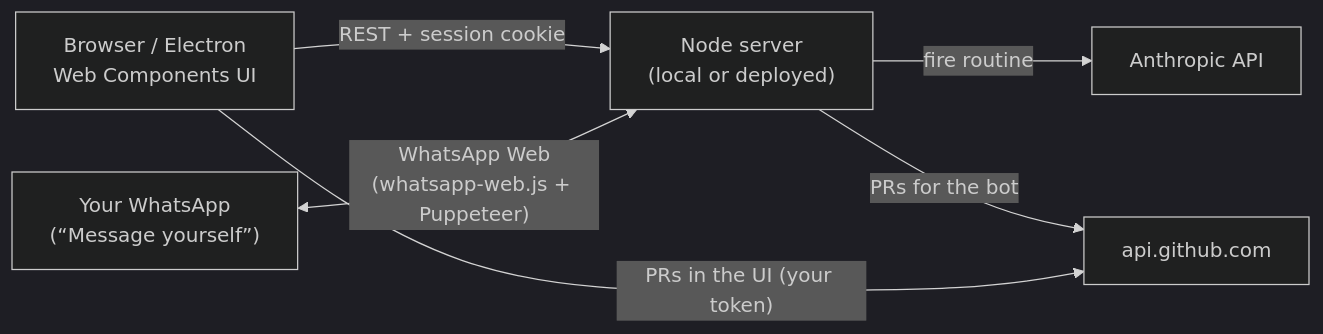
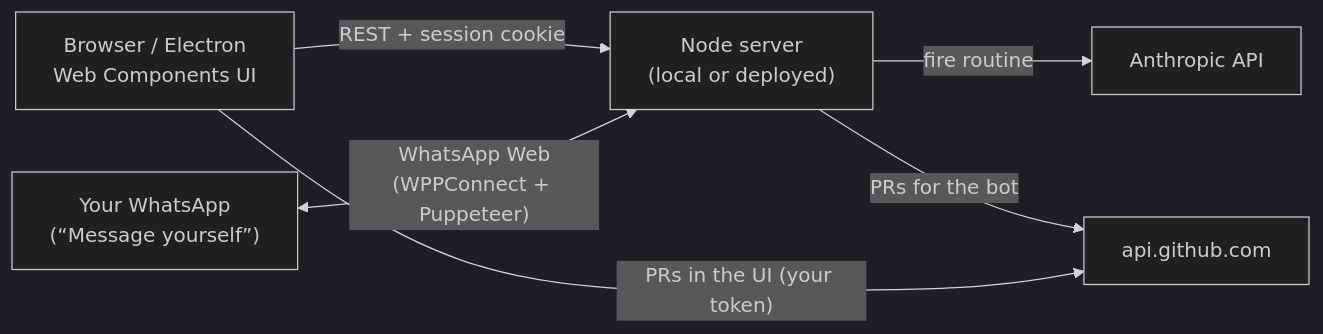
Before and after one commit to rodrireddev/claude-code-routines: the diagram in README.md, drawn with Mermaid (dark theme). The commit also changed other lines of this file and 4 other files, not shown here.

First line of the commit message:
Switch WhatsApp adapter to WPPConnect (Puppeteer), following companion-ai's setup

````diff
--- a/README.md
+++ b/README.md
@@ -88,8 +88,8 @@
 ```mermaid
 flowchart LR
     UI["Browser / Electron<br/>Web Components UI"] -- "REST + session cookie" --> S["Node server<br/>(local or deployed)"]
-    WA["Your WhatsApp<br/>(“Message yourself”)"] <-- "WhatsApp Web<br/>(whatsapp-web.js + Puppeteer)" --> S
+    WA["Your WhatsApp<br/>(“Message yourself”)"] <-- "WhatsApp Web<br/>(WPPConnect + Puppeteer)" --> S
     S -- "fire routine" --> A["Anthropic API"]
     S -- "PRs for the bot" --> G["api.github.com"]
     UI -- "PRs in the UI (your token)" --> G
 ```
````
